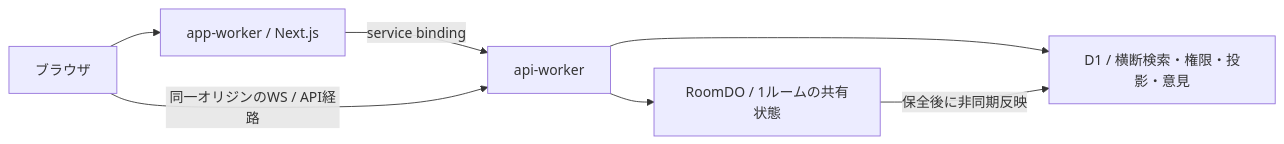
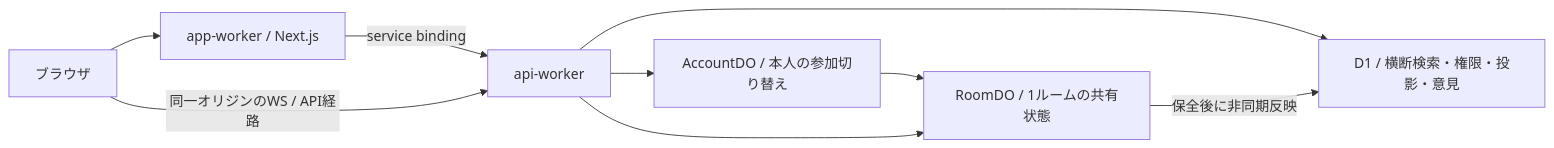
One commit to engineer-first/idea-boost changed the diagram in docs/architecture/overview.md. Above: the diagram before and after it, drawn with Mermaid. The commit also changed other lines of this file and 66 other files, not shown here.

````diff
--- a/docs/architecture/overview.md
+++ b/docs/architecture/overview.md
@@ -7,9 +7,11 @@
 ```mermaid
 flowchart LR
   Browser[ブラウザ] --> App[app-worker / Next.js]
   App -->|service binding| API[api-worker]
   Browser -->|同一オリジンのWS / API経路| API
   API --> D1[D1 / 横断検索・権限・投影・意見]
-  API --> Room[RoomDO / 1ルームの共有状態]
+  API --> Account[AccountDO / 本人の参加切り替え]
+  Account --> Room[RoomDO / 1ルームの共有状態]
+  API --> Room
   Room -->|保全後に非同期反映| D1
 ```
````
